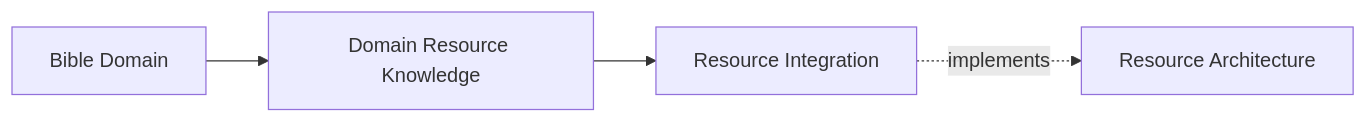
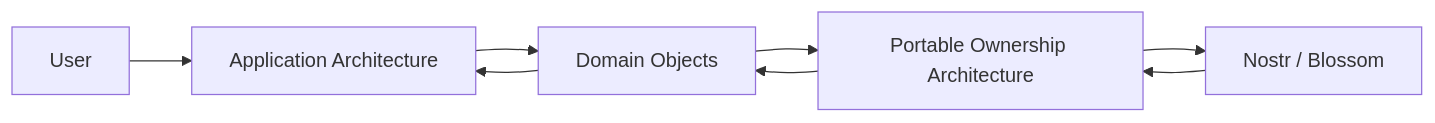
The third of 4 diagrams in docs/PROJECT_CONTEXT.md (kjvonly/kjvonly.bible), drawn with Mermaid before and after one commit. The commit also changed other lines of this file, not shown here.

````diff
--- a/docs/PROJECT_CONTEXT.md
+++ b/docs/PROJECT_CONTEXT.md
@@ -810,17 +721,27 @@
-```mermaid id="k8r91v"
+```mermaid
 flowchart LR
 
-    Domain["Bible Domain"]
+    User
 
-    Knowledge["Domain Resource Knowledge"]
+    Application["Application Architecture"]
 
-    ResourceIntegration["Resource Integration"]
+    Domain["Domain Objects"]
 
-    ResourceArchitecture["Resource Architecture"]
+    POWN["Portable Ownership Architecture"]
 
-    Domain --> Knowledge
+    Nostr["Nostr / Blossom"]
 
-    Knowledge --> ResourceIntegration
+    User --> Application
 
-    ResourceIntegration -.implements.-> ResourceArchitecture
+    Application --> Domain
+
+    Domain --> POWN
+
+    POWN --> Nostr
+
+    Nostr --> POWN
+
+    POWN --> Domain
+
+    Domain --> Application
 ```
````
